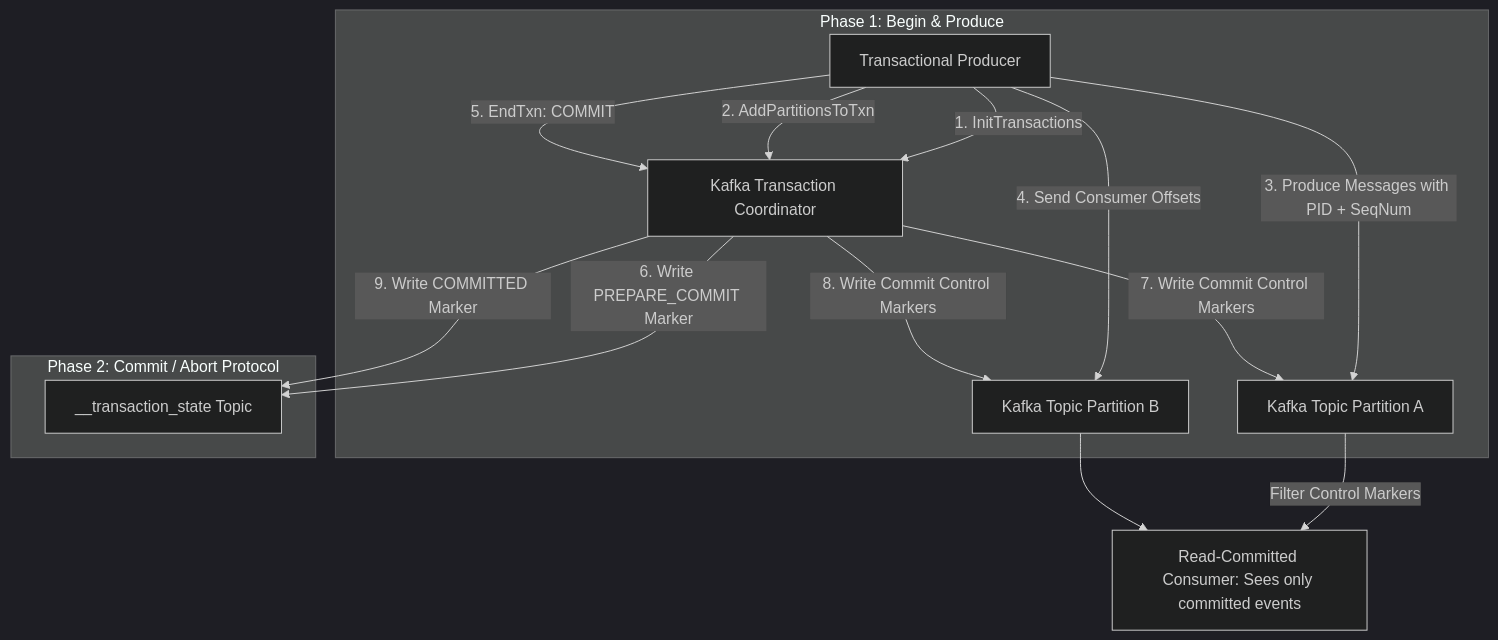
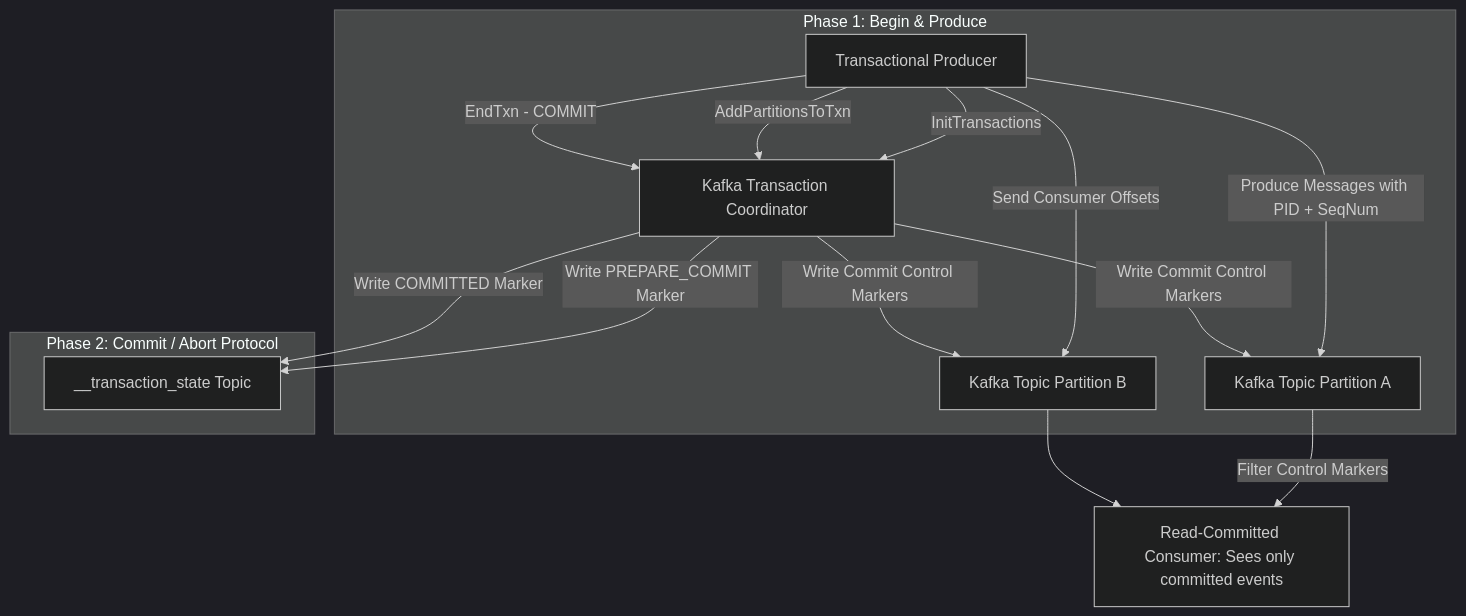
The diagram in blog/posts/achieving-exactly-once-semantics-distributed-event-streams.md (akmalkhaniub/akmalkhaniub.github.io), drawn with Mermaid (dark theme) before and after one commit. The commit also changed 411 other files, not shown here.

````diff
--- a/blog/posts/achieving-exactly-once-semantics-distributed-event-streams.md
+++ b/blog/posts/achieving-exactly-once-semantics-distributed-event-streams.md
@@ -17,21 +17,21 @@
 ```mermaid
-graph TD
-  A[Transactional Producer] -->|1. InitTransactions| B[Kafka Transaction Coordinator]
+flowchart TD
+  A[Transactional Producer] -->|InitTransactions| B[Kafka Transaction Coordinator]
   
   subgraph SG1_Phase1Begin ["Phase 1: Begin & Produce"]
-    A -->|2. AddPartitionsToTxn| B
-    A -->|3. Produce Messages with PID + SeqNum| C[Kafka Topic Partition A]
-    A -->|4. Send Consumer Offsets| D[Kafka Topic Partition B]
+    A -->|AddPartitionsToTxn| B
+    A -->|Produce Messages with PID + SeqNum| C[Kafka Topic Partition A]
+    A -->|Send Consumer Offsets| D[Kafka Topic Partition B]
   end
   
   subgraph SG2_Phase2Commit ["Phase 2: Commit / Abort Protocol"]
-    A -->|5. EndTxn: COMMIT| B
-    B -->|6. Write PREPARE_COMMIT Marker| E[__transaction_state Topic]
-    B -->|7. Write Commit Control Markers| C
-    B -->|8. Write Commit Control Markers| D
-    B -->|9. Write COMMITTED Marker| E
+    A -->|EndTxn - COMMIT| B
+    B -->|Write PREPARE_COMMIT Marker| E[__transaction_state Topic]
+    B -->|Write Commit Control Markers| C
+    B -->|Write Commit Control Markers| D
+    B -->|Write COMMITTED Marker| E
   end
   
   C -->|Filter Control Markers| F[Read-Committed Consumer: Sees only committed events]
   D --> F
 ```
````
